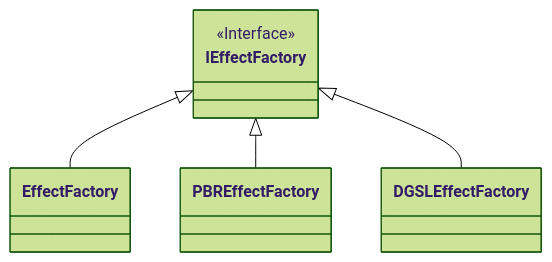
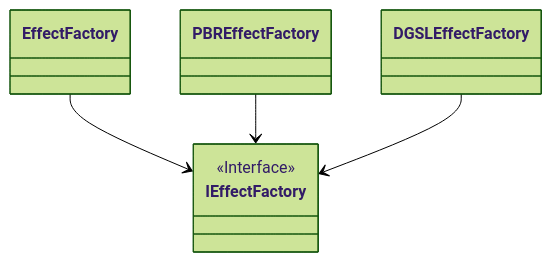
Before and after one commit to neogrammer/Wiki: the diagram in EffectFactory.md, drawn with Mermaid (forest theme).

Commit message:
Updated EffectFactory (markdown)

````diff
--- a/EffectFactory.md
+++ b/EffectFactory.md
@@ -8,11 +8,11 @@
 ```mermaid
 classDiagram
 class IEffectFactory
 <<Interface>> IEffectFactory
 class EffectFactory
-IEffectFactory <|-- EffectFactory
+EffectFactory --> IEffectFactory
 class PBREffectFactory
-IEffectFactory <|-- PBREffectFactory
+PBREffectFactory --> IEffectFactory
 class DGSLEffectFactory
-IEffectFactory <|-- DGSLEffectFactory
+DGSLEffectFactory --> IEffectFactory
 ```
````
